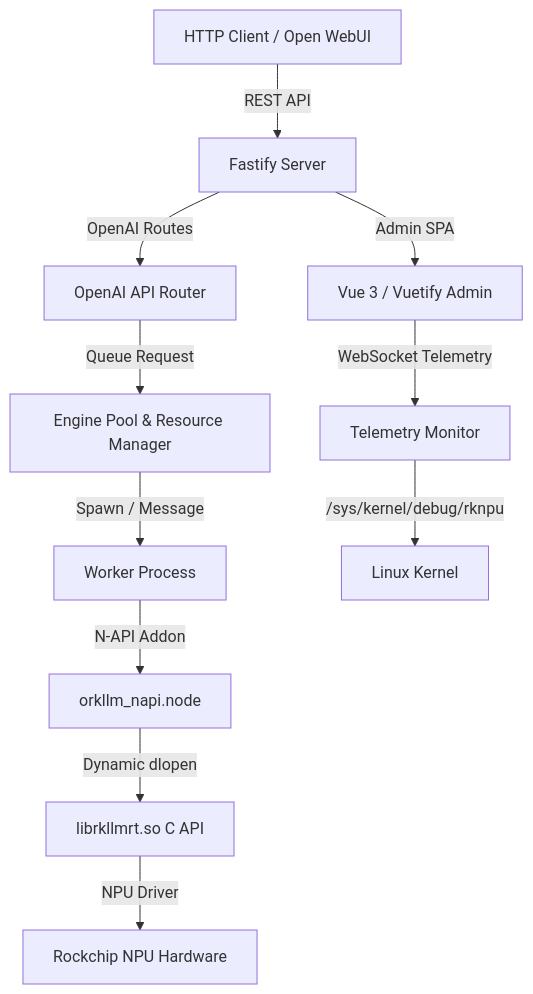
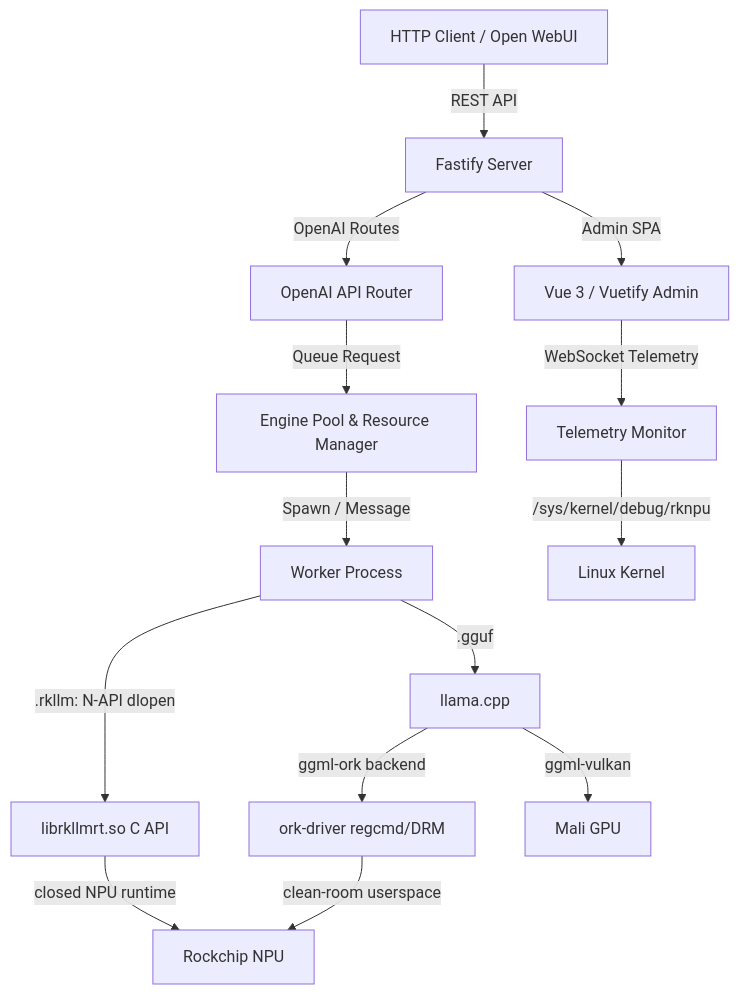
Before and after one commit to oRKLLM/oRKLLM: the diagram in README.md, drawn with Mermaid. The commit also changed other lines of this file, not shown here.

Commit message:
docs: revise README for multi-runtime (open ork-driver/ggml-ork/Vulkan + closed rkllm)

````diff
--- a/README.md
+++ b/README.md
@@ -78,15 +83,20 @@
 ```mermaid
 graph TD
     Client[HTTP Client / Open WebUI] -->|REST API| Fastify[Fastify Server]
     Fastify -->|Admin SPA| Admin[Vue 3 / Vuetify Admin]
     Fastify -->|OpenAI Routes| API[OpenAI API Router]
 
     API -->|Queue Request| Pool[Engine Pool & Resource Manager]
     Pool -->|Spawn / Message| Worker[Worker Process]
-    Worker -->|N-API Addon| Addon[orkllm_napi.node]
-    Addon -->|Dynamic dlopen| C_API[librkllmrt.so C API]
-    C_API -->|NPU Driver| NPU[Rockchip NPU Hardware]
+
+    Worker -->|.rkllm: N-API dlopen| RK[librkllmrt.so C API]
+    RK -->|closed NPU runtime| NPU[Rockchip NPU]
+
+    Worker -->|.gguf| Llama[llama.cpp]
+    Llama -->|ggml-ork backend| Ork[ork-driver regcmd/DRM]
+    Ork -->|clean-room userspace| NPU
+    Llama -->|ggml-vulkan| Mali[Mali GPU]
 
     Admin -->|WebSocket Telemetry| Monitor[Telemetry Monitor]
     Monitor -->|/sys/kernel/debug/rknpu| Linux[Linux Kernel]
 ```
````
